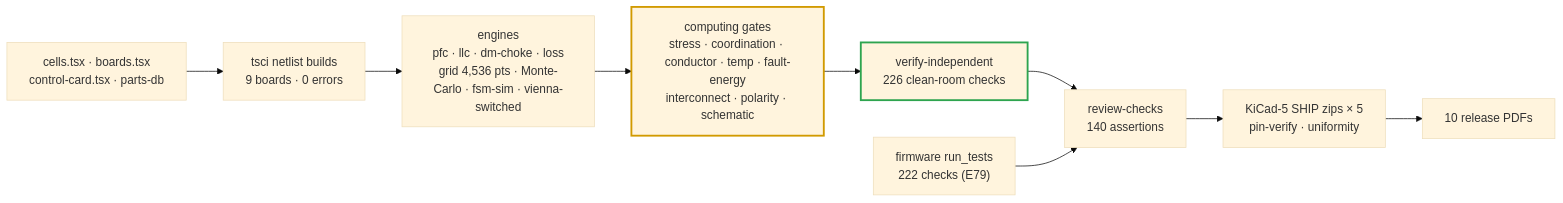
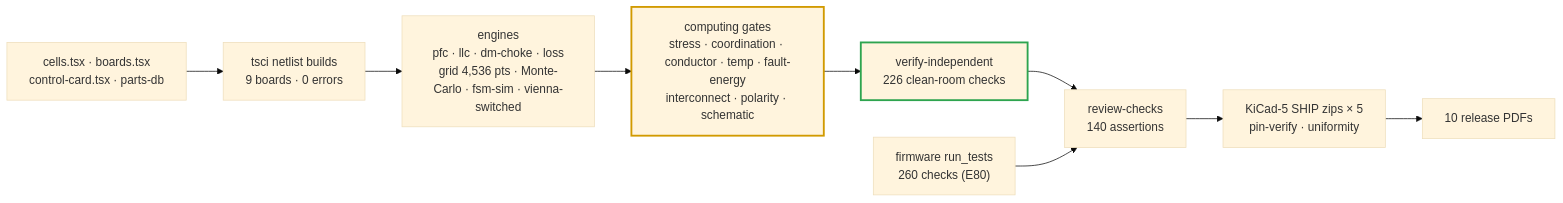
Before and after one commit to vectivolt/DC-Modules: the diagram in docs/verification-matrix.md, drawn with Mermaid (base theme). The commit also changed other lines of this file and 196 other files, not shown here.

````diff
--- a/docs/verification-matrix.md
+++ b/docs/verification-matrix.md
@@ -43,13 +43,13 @@
 ```mermaid
 flowchart LR
   SRC["cells.tsx · boards.tsx<br/>control-card.tsx · parts-db"] --> BUILD["tsci netlist builds<br/>9 boards · 0 errors"]
   BUILD --> ENG["engines<br/>pfc · llc · dm-choke · loss<br/>grid 4,536 pts · Monte-Carlo · fsm-sim · vienna-switched"]
   ENG --> GATES["computing gates<br/>stress · coordination · conductor · temp · fault-energy<br/>interconnect · polarity · schematic"]
   GATES --> IND["verify-independent<br/>226 clean-room checks"]
   IND --> REV["review-checks<br/>140 assertions"]
   REV --> SHIP["KiCad-5 SHIP zips × 5<br/>pin-verify · uniformity"]
   SHIP --> PDF["10 release PDFs"]
-  FW["firmware run_tests<br/>222 checks (E79)"] --> REV
+  FW["firmware run_tests<br/>260 checks (E80)"] --> REV
   style GATES stroke:#d19a00,stroke-width:2.5px
   style IND stroke:#2ea44f,stroke-width:2.5px
 ```
````
